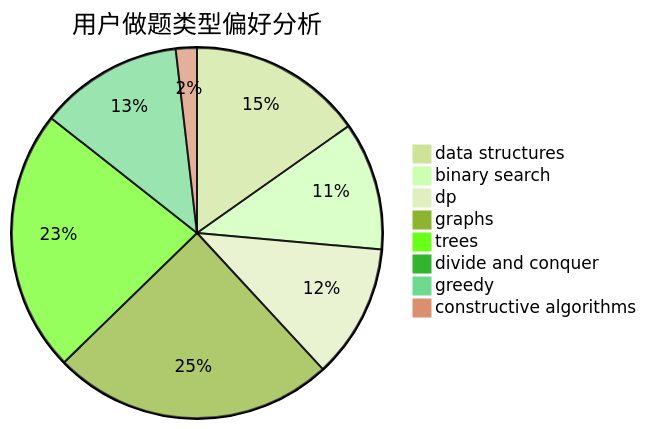
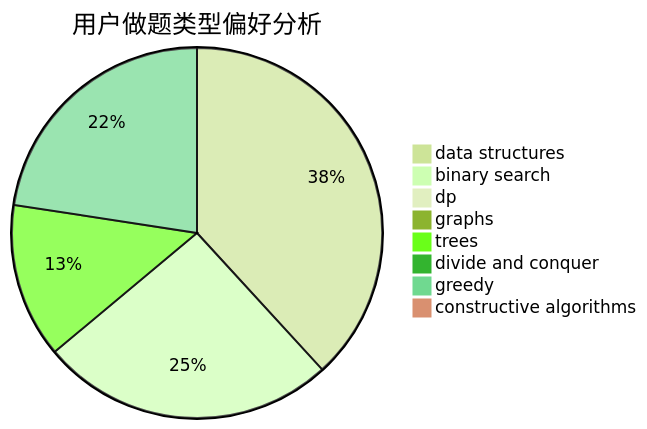
One commit to sherpahu/cfrs.github.io changed the second of 3 diagrams in docs/user/u439.md. Above: the diagram before and after it, drawn with Mermaid (forest theme). The commit also changed other lines of this file and 2770 other files, not shown here.

````diff
--- a/docs/user/u439.md
+++ b/docs/user/u439.md
@@ -23,11 +23,11 @@
 ```mermaid
 pie title 用户做题类型偏好分析
-    "data structures" :  91
-    "binary search" :  67
-    "dp" :  70
-    "graphs" :  147
-    "trees" :  137
+    "data structures" :  181
+    "binary search" :  122
+    "dp" :  3
+    "graphs" :  1
+    "trees" :  64
     "divide and conquer" :  0
-    "greedy" :  75
-    "constructive algorithms" :  11
+    "greedy" :  107
+    "constructive algorithms" :  4
 ```
````
